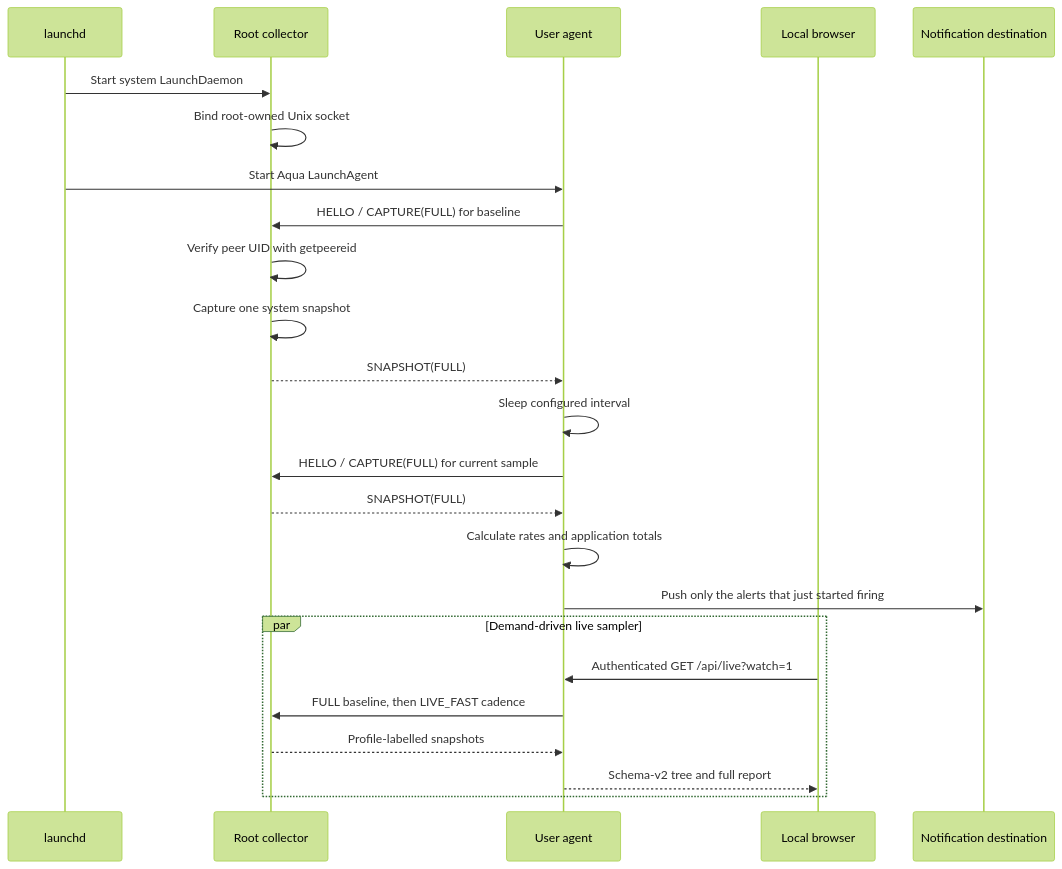
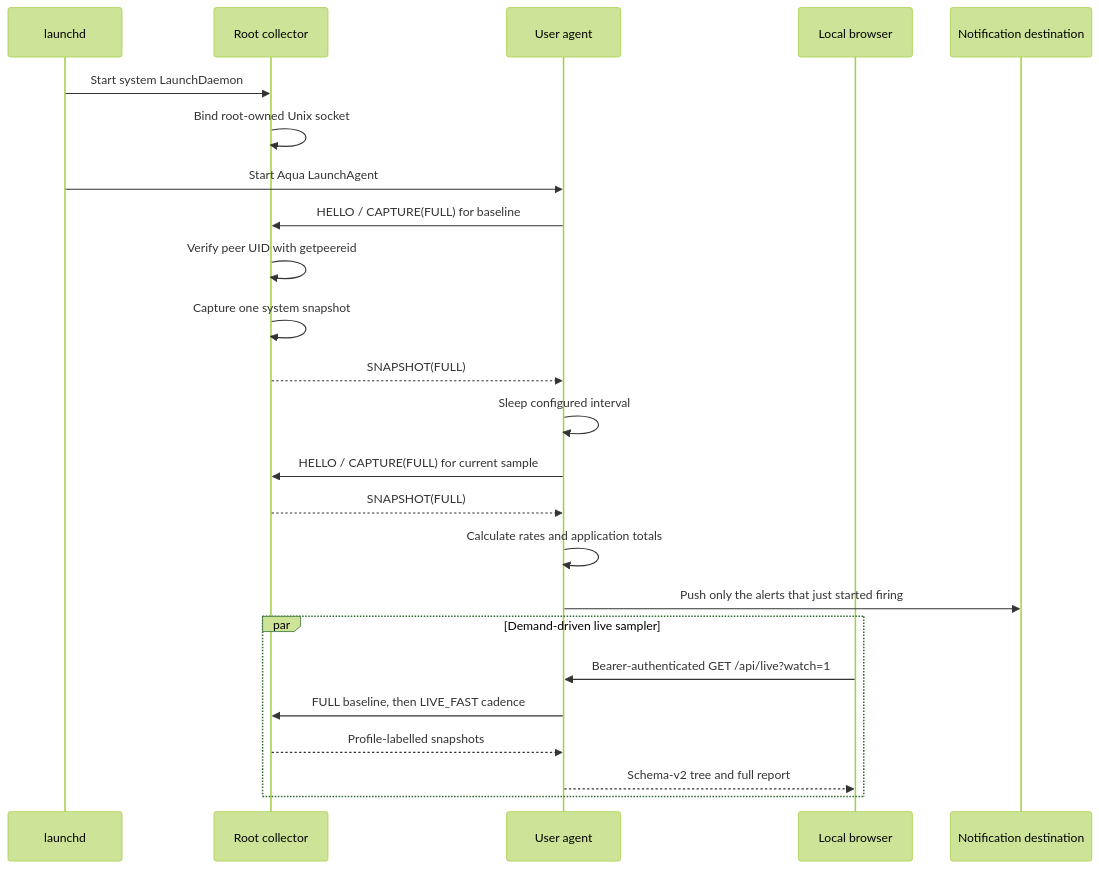
The diagram in docs/architecture.md (Heapy/harmon), drawn with Mermaid (forest theme) before and after one commit. The commit also changed other lines of this file and 5 other files, not shown here.

````diff
--- a/docs/architecture.md
+++ b/docs/architecture.md
@@ -111,27 +111,27 @@
 ```mermaid
 sequenceDiagram
     participant L as launchd
     participant C as Root collector
     participant A as User agent
     participant U as Local browser
     participant D as Notification destination
 
     L->>C: Start system LaunchDaemon
     C->>C: Bind root-owned Unix socket
     L->>A: Start Aqua LaunchAgent
     A->>C: HELLO / CAPTURE(FULL) for baseline
     C->>C: Verify peer UID with getpeereid
     C->>C: Capture one system snapshot
     C-->>A: SNAPSHOT(FULL)
     A->>A: Sleep configured interval
     A->>C: HELLO / CAPTURE(FULL) for current sample
     C-->>A: SNAPSHOT(FULL)
     A->>A: Calculate rates and application totals
     A->>D: Push only the alerts that just started firing
     par Demand-driven live sampler
-        U->>A: Authenticated GET /api/live?watch=1
+        U->>A: Bearer-authenticated GET /api/live?watch=1
         A->>C: FULL baseline, then LIVE_FAST cadence
         C-->>A: Profile-labelled snapshots
         A-->>U: Schema-v2 tree and full report
     end
 ```
````
